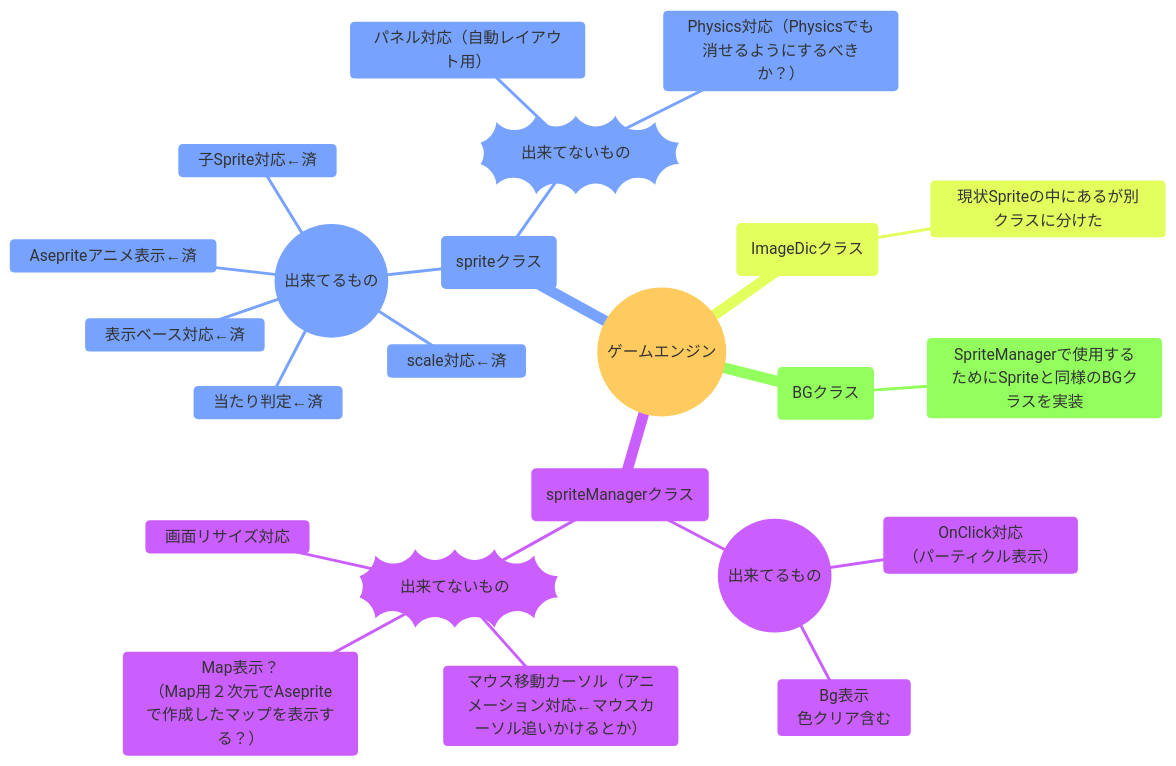
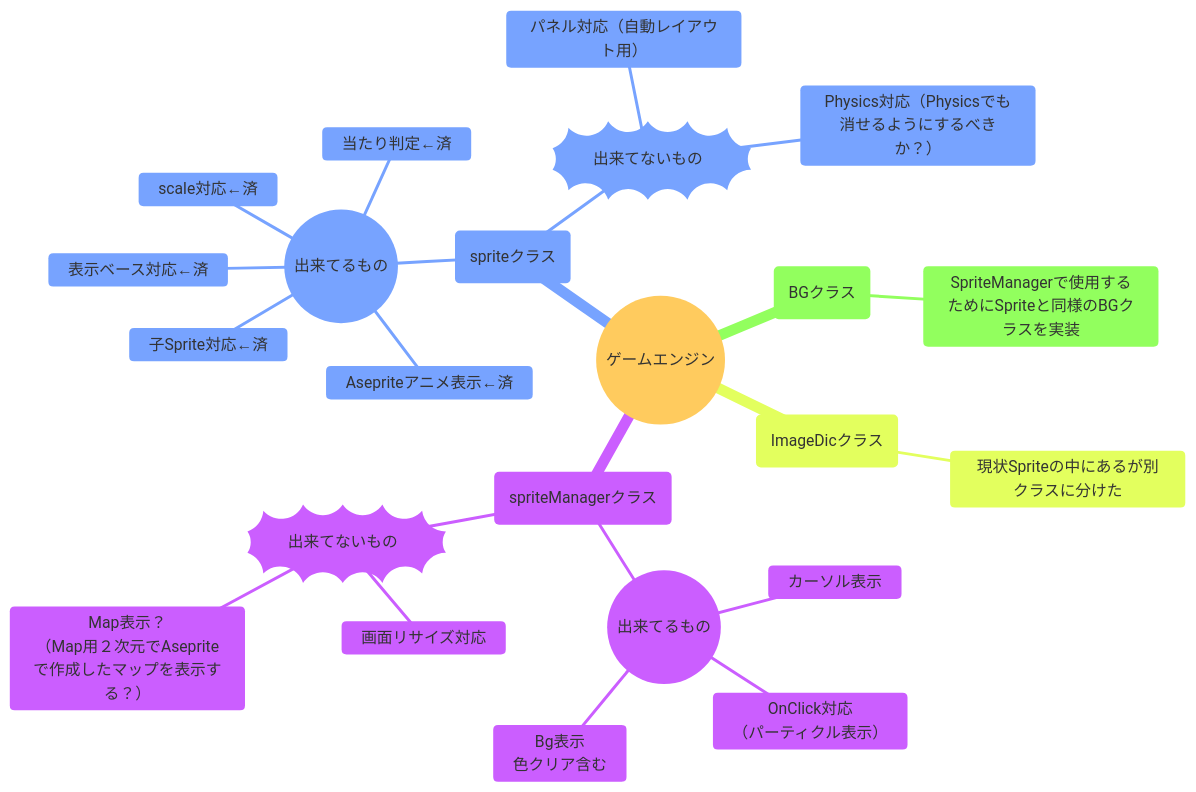
One commit to ChaosReadman/NovelEngine changed the diagram in README.md. Above: the diagram before and after it, drawn with Mermaid.

Commit message:
README修正

````diff
--- a/README.md
+++ b/README.md
@@ -6,29 +6,29 @@
 ```mermaid
 %%{init:{'theme':'base'}}%%
 
 mindmap
 top((ゲームエンジン))
     SpriteManager(spriteManagerクラス)
         Finished((出来てるもの))
+            カーソル表示
             OnClick対応<br>（パーティクル表示）
             Bg表示<br>色クリア含む
         NotFinishd))出来てないもの((
-            マウス移動カーソル（アニメーション対応←マウスカーソル追いかけるとか）
             Map表示？<br>（Map用２次元でAsepriteで作成したマップを表示する？）
             画面リサイズ対応
     Sprite(spriteクラス)
         Finished((出来てるもの))
             scale対応←済
             表示ベース対応←済
             当たり判定←済
             Asepriteアニメ表示←済
             子Sprite対応←済
         NotFinishd))出来てないもの((
             パネル対応（自動レイアウト用）
             Physics対応（Physicsでも消せるようにするべきか？）
     ImageDic(ImageDicクラス)
         現状Spriteの中にあるが別クラスに分けた
     BG(BGクラス)
         SpriteManagerで使用するためにSpriteと同様のBGクラスを実装
 
 ```
````
